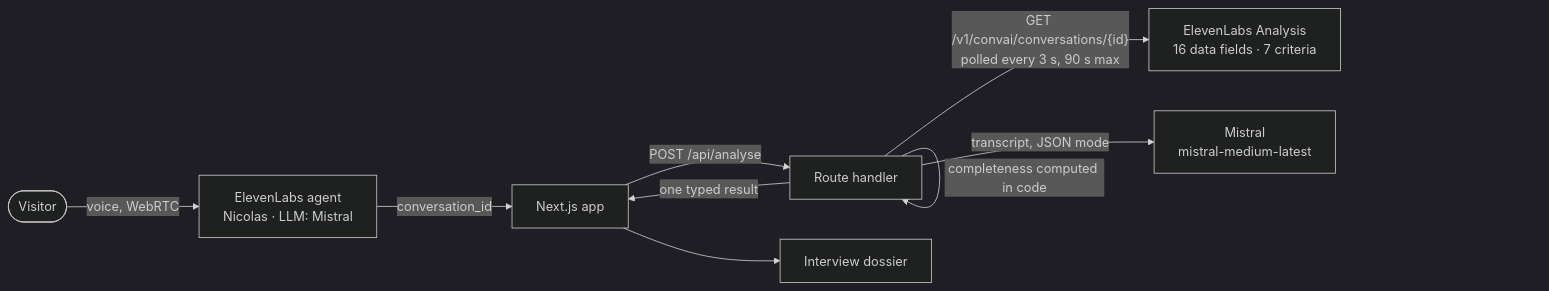
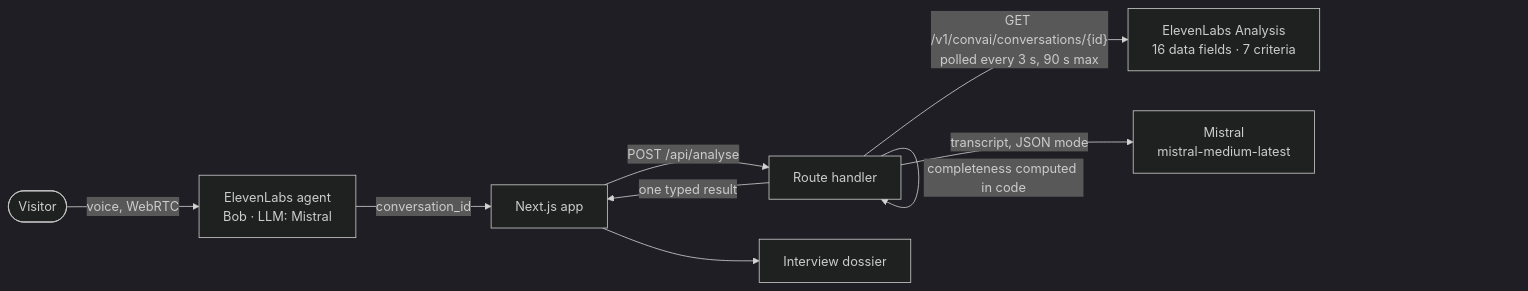
One commit to leopold-dlr/Corti-AI changed the diagram in README.md. Above: the diagram before and after it, drawn with Mermaid (dark theme). The commit also changed other lines of this file and 8 other files, not shown here.

First line of the commit message:
Rename the agent to Bob and the diligence target to PitchBook

````diff
--- a/README.md
+++ b/README.md
@@ -16,11 +16,11 @@
 ```mermaid
 flowchart LR
-    V([Visitor]) -- voice, WebRTC --> A[ElevenLabs agent<br/>Nicolas · LLM: Mistral]
+    V([Visitor]) -- voice, WebRTC --> A[ElevenLabs agent<br/>Bob · LLM: Mistral]
     A -- conversation_id --> UI[Next.js app]
     UI -- POST /api/analyse --> API[Route handler]
     API -- "GET /v1/convai/conversations/{id}<br/>polled every 3 s, 90 s max" --> EL[ElevenLabs Analysis<br/>16 data fields · 7 criteria]
     API -- transcript, JSON mode --> M[Mistral<br/>mistral-medium-latest]
     API -- completeness computed in code --> API
     API -- one typed result --> UI
     UI --> D[Interview dossier]
 ```
````
